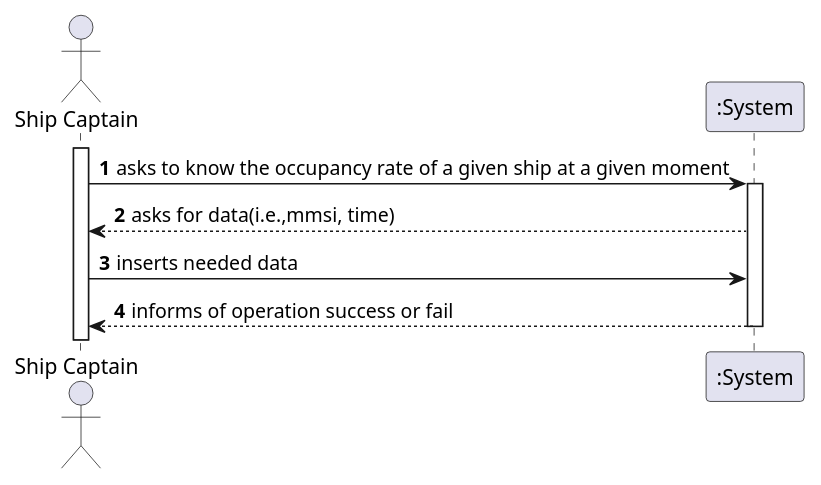
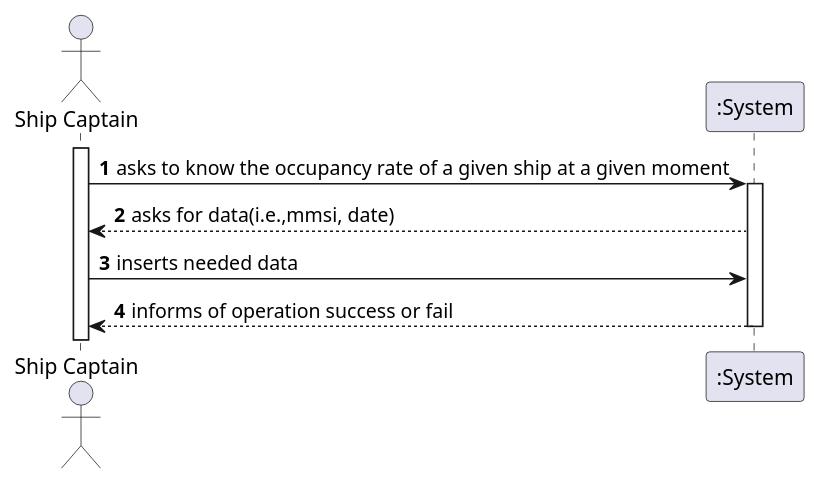
One commit to ana-albergaria/LAPR3-ISEP changed the diagram in docs/US209/US_209_SSD.puml. Above: the diagram before and after it, drawn with PlantUML. The commit also changed 7 other files, not shown here.

```diff
--- a/docs/US209/US_209_SSD.puml
+++ b/docs/US209/US_209_SSD.puml
@@ -1,16 +1,16 @@
 @startuml
 'https://plantuml.com/sequence-diagram
 
 autonumber
 actor "Ship Captain" as SC
 
 activate SC
 SC-> ":System" : asks to know the occupancy rate of a given ship at a given moment
 activate ":System"
-":System" --> SC : asks for data(i.e.,mmsi, time)
+":System" --> SC : asks for data(i.e.,mmsi, date)
 SC-> ":System" : inserts needed data
 ":System" --> SC : informs of operation success or fail
 
 deactivate ":System"
 
 @enduml
```
